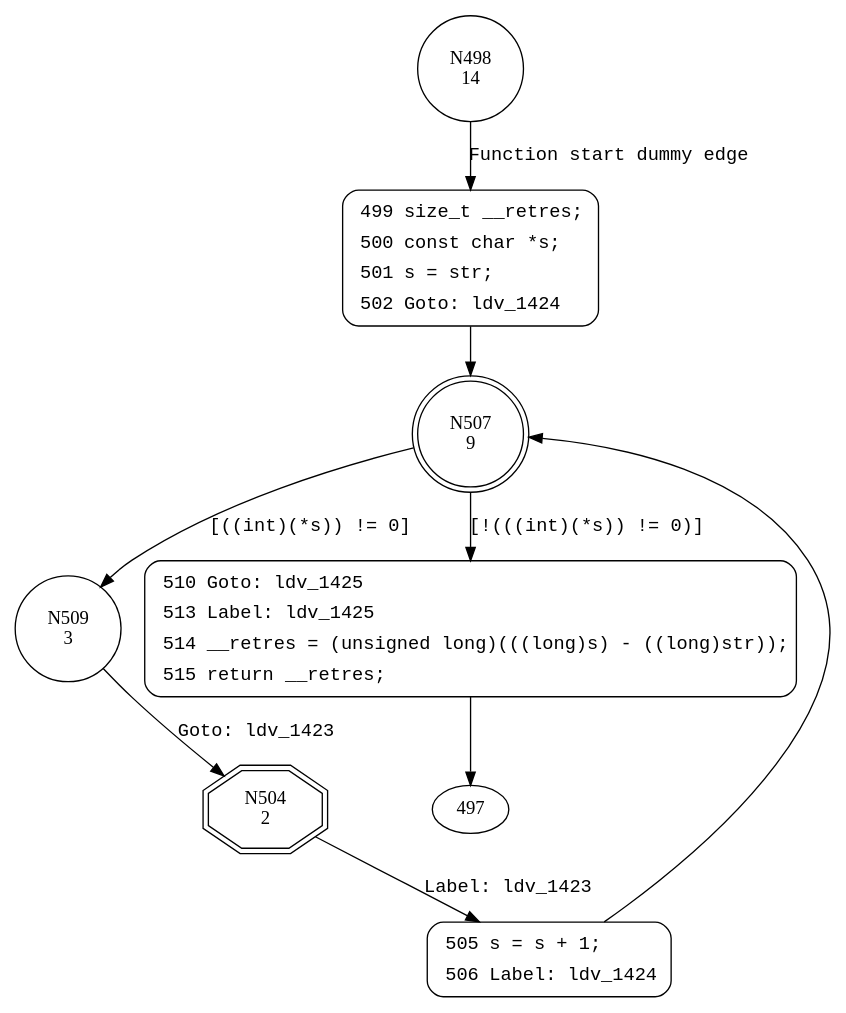
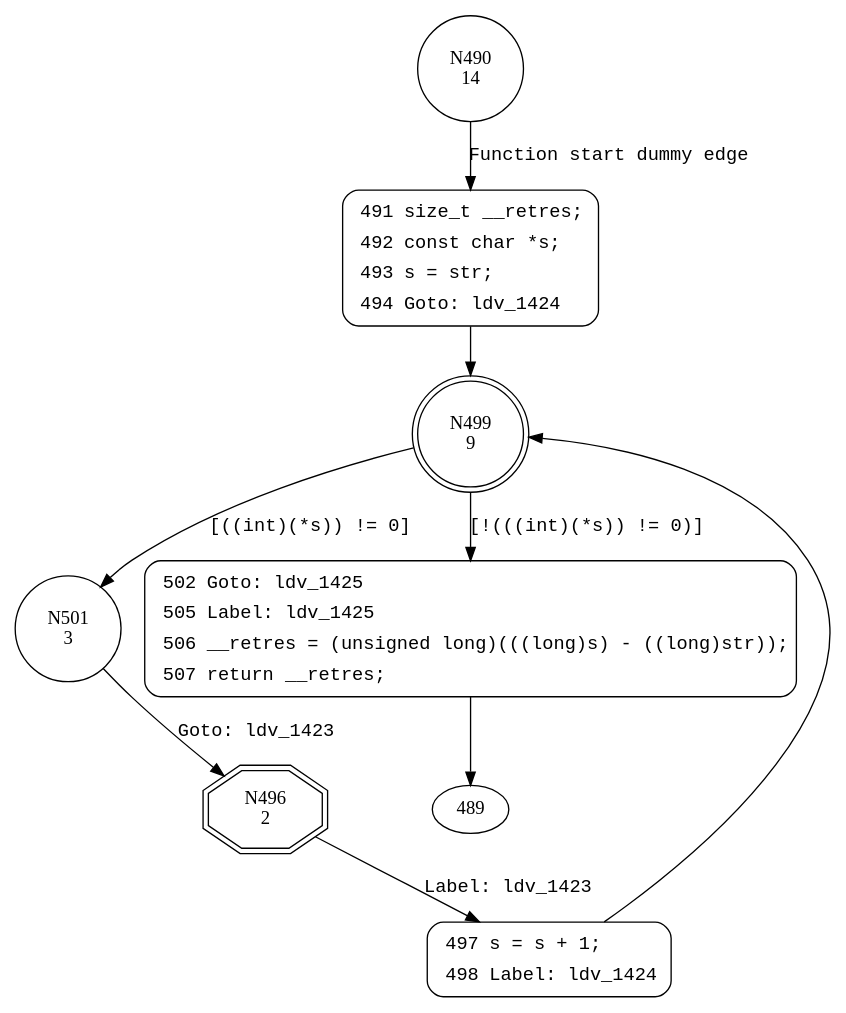
One commit to rifatbit0401/svcomp changed the diagram in Juliet_Test_Copy_1/output/cfa/cfa__ldv_strlen.dot. Above: the diagram before and after it, drawn with Graphviz. The commit also changed 73 other files, not shown here.

```diff
--- a/Juliet_Test_Copy_1/output/cfa/cfa__ldv_strlen.dot
+++ b/Juliet_Test_Copy_1/output/cfa/cfa__ldv_strlen.dot
@@ -1,20 +1,20 @@
 digraph ldv_strlen {
-498 [shape="circle" label="N498\n14"]
-499 [shape="circle" label="N499\n13"]
-507 [shape="doublecircle" label="N507\n9"]
-509 [shape="circle" label="N509\n3"]
-510 [shape="circle" label="N510\n8"]
-504 [shape="doubleoctagon" label="N504\n2"]
-505 [shape="circle" label="N505\n1"]
-499 [style="filled,bold" penwidth="1" fillcolor="white" fontname="Courier New" shape="Mrecord" label=<<table border="0" cellborder="0" cellpadding="3" bgcolor="white"><tr><td align="right">499</td><td align="left">size_t __retres;</td></tr><tr><td align="right">500</td><td align="left">const char *s;</td></tr><tr><td align="right">501</td><td align="left">s = str;</td></tr><tr><td align="right">502</td><td align="left">Goto: ldv_1424</td></tr></table>>]
-499 -> 507[label=""]
-510 [style="filled,bold" penwidth="1" fillcolor="white" fontname="Courier New" shape="Mrecord" label=<<table border="0" cellborder="0" cellpadding="3" bgcolor="white"><tr><td align="right">510</td><td align="left">Goto: ldv_1425</td></tr><tr><td align="right">513</td><td align="left">Label: ldv_1425</td></tr><tr><td align="right">514</td><td align="left">__retres = (unsigned long)(((long)s) - ((long)str));</td></tr><tr><td align="right">515</td><td align="left">return __retres;</td></tr></table>>]
-510 -> 497[label=""]
-505 [style="filled,bold" penwidth="1" fillcolor="white" fontname="Courier New" shape="Mrecord" label=<<table border="0" cellborder="0" cellpadding="3" bgcolor="white"><tr><td align="right">505</td><td align="left">s = s + 1;</td></tr><tr><td align="right">506</td><td align="left">Label: ldv_1424</td></tr></table>>]
-505 -> 507[label=""]
-498 -> 499 [label="Function start dummy edge" fontname="Courier New"]
-507 -> 509 [label="[((int)(*s)) != 0]" fontname="Courier New"]
-507 -> 510 [label="[!(((int)(*s)) != 0)]" fontname="Courier New"]
-509 -> 504 [label="Goto: ldv_1423" fontname="Courier New"]
-504 -> 505 [label="Label: ldv_1423" fontname="Courier New"]
+490 [shape="circle" label="N490\n14"]
+491 [shape="circle" label="N491\n13"]
+499 [shape="doublecircle" label="N499\n9"]
+501 [shape="circle" label="N501\n3"]
+502 [shape="circle" label="N502\n8"]
+496 [shape="doubleoctagon" label="N496\n2"]
+497 [shape="circle" label="N497\n1"]
+491 [style="filled,bold" penwidth="1" fillcolor="white" fontname="Courier New" shape="Mrecord" label=<<table border="0" cellborder="0" cellpadding="3" bgcolor="white"><tr><td align="right">491</td><td align="left">size_t __retres;</td></tr><tr><td align="right">492</td><td align="left">const char *s;</td></tr><tr><td align="right">493</td><td align="left">s = str;</td></tr><tr><td align="right">494</td><td align="left">Goto: ldv_1424</td></tr></table>>]
+491 -> 499[label=""]
+502 [style="filled,bold" penwidth="1" fillcolor="white" fontname="Courier New" shape="Mrecord" label=<<table border="0" cellborder="0" cellpadding="3" bgcolor="white"><tr><td align="right">502</td><td align="left">Goto: ldv_1425</td></tr><tr><td align="right">505</td><td align="left">Label: ldv_1425</td></tr><tr><td align="right">506</td><td align="left">__retres = (unsigned long)(((long)s) - ((long)str));</td></tr><tr><td align="right">507</td><td align="left">return __retres;</td></tr></table>>]
+502 -> 489[label=""]
+497 [style="filled,bold" penwidth="1" fillcolor="white" fontname="Courier New" shape="Mrecord" label=<<table border="0" cellborder="0" cellpadding="3" bgcolor="white"><tr><td align="right">497</td><td align="left">s = s + 1;</td></tr><tr><td align="right">498</td><td align="left">Label: ldv_1424</td></tr></table>>]
+497 -> 499[label=""]
+490 -> 491 [label="Function start dummy edge" fontname="Courier New"]
+499 -> 501 [label="[((int)(*s)) != 0]" fontname="Courier New"]
+499 -> 502 [label="[!(((int)(*s)) != 0)]" fontname="Courier New"]
+501 -> 496 [label="Goto: ldv_1423" fontname="Courier New"]
+496 -> 497 [label="Label: ldv_1423" fontname="Courier New"]
 }
```
